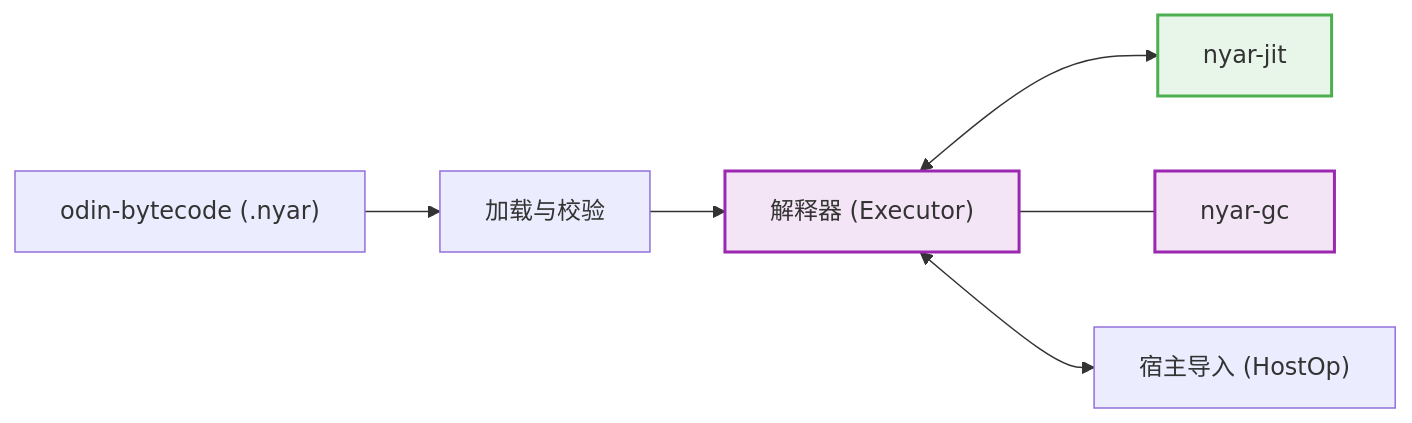
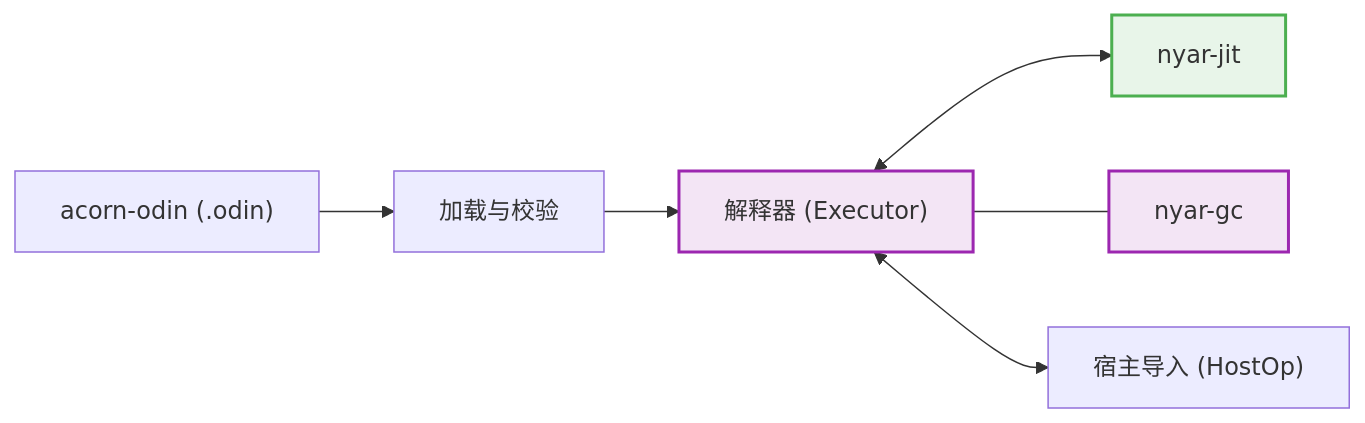
Before and after one commit to nyar-vm/nyar-vm: the second of 7 diagrams in readme.md, drawn with Mermaid. The commit also changed other lines of this file and 6 other files, not shown here.

Commit message:
📝 Point runtime and format docs at `acorn-odin`

````diff
--- a/readme.md
+++ b/readme.md
@@ -76,11 +76,11 @@
 ```mermaid
 graph LR
     classDef core fill:#f3e5f5,stroke:#9c27b0,stroke-width:2px;
     classDef engine fill:#e8f5e9,stroke:#4caf50,stroke-width:2px;
 
-    Module["odin-bytecode (.nyar)"] --> Loader["加载与校验"]
+    Module["acorn-odin (.odin)"] --> Loader["加载与校验"]
     Loader --> Exec["解释器 (Executor)"]:::core
     Exec <--> JIT["nyar-jit"]:::engine
     Exec --- GC["nyar-gc"]:::core
     Exec <--> Host["宿主导入 (HostOp)"]
 ```
````
